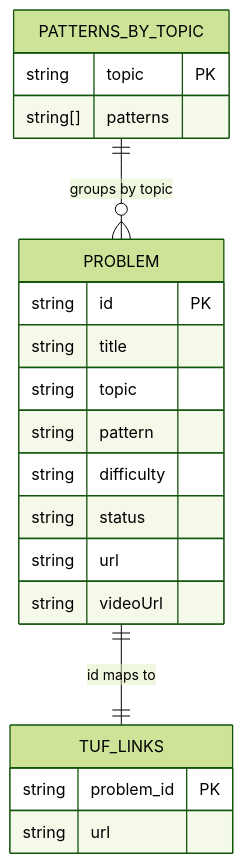
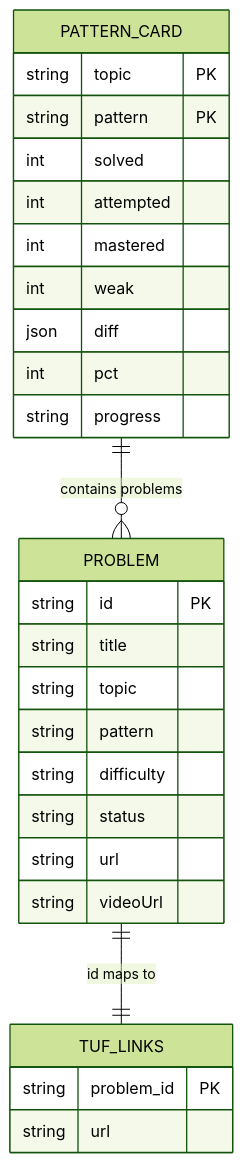
Before and after one commit to iamrituraj/DSA-Tracker: the ninth of 10 diagrams in .qoder/repowiki/en/content/Frontend Application/Patterns Component.md, drawn with Mermaid (forest theme). The commit also changed other lines of this file and 8 other files, not shown here.

````diff
--- a/.qoder/repowiki/en/content/Frontend Application/Patterns Component.md
+++ b/.qoder/repowiki/en/content/Frontend Application/Patterns Component.md
@@ -222,23 +278,30 @@
 ```mermaid
 erDiagram
 PROBLEM {
 string id PK
 string title
 string topic
 string pattern
 string difficulty
 string status
 string url
 string videoUrl
 }
-PATTERNS_BY_TOPIC {
+PATTERN_CARD {
 string topic PK
-string[] patterns
+string pattern PK
+int solved
+int attempted
+int mastered
+int weak
+json diff
+int pct
+string progress
 }
 TUF_LINKS {
 string problem_id PK
 string url
 }
 PROBLEM ||--|| TUF_LINKS : "id maps to"
-PATTERNS_BY_TOPIC ||--o{ PROBLEM : "groups by topic"
+PATTERN_CARD ||--o{ PROBLEM : "contains problems"
 ```
````
